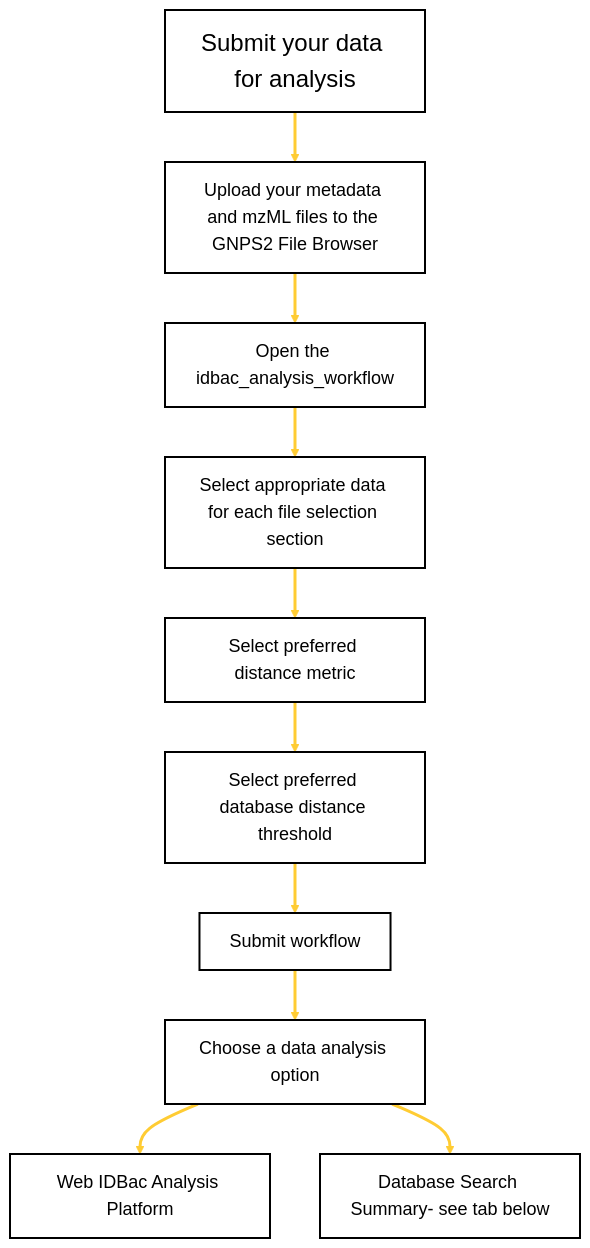
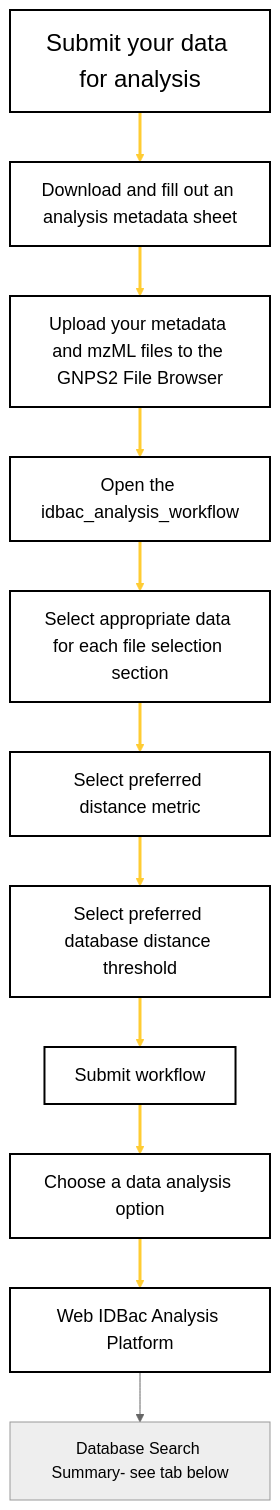
One commit to Wang-Bioinformatics-Lab/GNPS2_Documentation changed the diagram in docs/idbacanalyzeyourdata.md. Above: the diagram before and after it, drawn with Mermaid (neutral theme).

````diff
--- a/docs/idbacanalyzeyourdata.md
+++ b/docs/idbacanalyzeyourdata.md
@@ -14,46 +14,47 @@
 ```mermaid
 flowchart TD
-    A[Submit your data for analysis] --> B[Upload your metadata and mzML files to the GNPS2 File Browser]
-    B --> C[Open the idbac_analysis_workflow]
-    C --> D[Select appropriate data for each file selection section]
-    D --> E[Select preferred distance metric]
-    E --> F[Select preferred database distance threshold]
-    F --> G[Submit workflow]
-    G --> H[Choose a data analysis option]
-    H --> I[Web IDBac Analysis Platform]
-    H --> J[Database Search Summary- see tab below]
+    A[Submit your data for analysis] --> B[Download and fill out an analysis metadata sheet]
+    B --> C[Upload your metadata and mzML files to the GNPS2 File Browser]
+    C --> D[Open the idbac_analysis_workflow]
+    D --> E[Select appropriate data for each file selection section]
+    E --> F[Select preferred distance metric]
+    F --> G[Select preferred database distance threshold]
+    G --> H[Submit workflow]
+    H --> I[Choose a data analysis option]
+    I --> J[Web IDBac Analysis Platform]
+    J --> K[Database Search Summary- see tab below]
    
-   click B href "https://docs.google.com/spreadsheets/d/1Y7WHrFQR_SYpR_p5u_xL4BQimYorQ3-1PfAfVil3nL0/edit?usp=sharing"
-    click C href "https://gnps2.org/workflowinput?workflowname=idbac_analysis_workflow"
-    click H href "https://wang-bioinformatics-lab.github.io/GNPS2_Documentation/idbacanalysisplatform/"
+    click B href "https://docs.google.com/spreadsheets/d/1Y7WHrFQR_SYpR_p5u_xL4BQimYorQ3-1PfAfVil3nL0/edit?gid=678327011#gid=678327011"
+    click D href "https://gnps2.org/workflowinput?workflowname=idbac_analysis_workflow"
+    click J href "https://wang-bioinformatics-lab.github.io/GNPS2_Documentation/idbacanalysisplatform/"
     
 
 
  %% Styling
     style A fill:#FFFFFF,stroke:#000000,stroke-width:2px,font-size:24px
     style B fill:#FFFFFF,stroke:#000000,stroke-width:2px,font-size:18px
     style C fill:#FFFFFF,stroke:#000000,stroke-width:2px,font-size:18px
     style D fill:#FFFFFF,stroke:#000000,stroke-width:2px,font-size:18px
     style E fill:#FFFFFF,stroke:#000000,stroke-width:2px,font-size:18px
     style F fill:#FFFFFF,stroke:#000000,stroke-width:2px,font-size:18px
     style G fill:#FFFFFF,stroke:#000000,stroke-width:2px,font-size:18px
     style H fill:#FFFFFF,stroke:#000000,stroke-width:2px,font-size:18px
     style I fill:#FFFFFF,stroke:#000000,stroke-width:2px,font-size:18px
     style J fill:#FFFFFF,stroke:#000000,stroke-width:2px,font-size:18px
     
 
 %% Link Styling
     linkStyle 0 stroke:#ffcc33,stroke-width:3px
     linkStyle 1 stroke:#ffcc33,stroke-width:3px
     linkStyle 2 stroke:#ffcc33,stroke-width:3px
     linkStyle 3 stroke:#ffcc33,stroke-width:3px
     linkStyle 4 stroke:#ffcc33,stroke-width:3px
     linkStyle 5 stroke:#ffcc33,stroke-width:3px
     linkStyle 6 stroke:#ffcc33,stroke-width:3px
     linkStyle 7 stroke:#ffcc33,stroke-width:3px
     linkStyle 8 stroke:#ffcc33,stroke-width:3px
   
     
    
 
 ```
````
